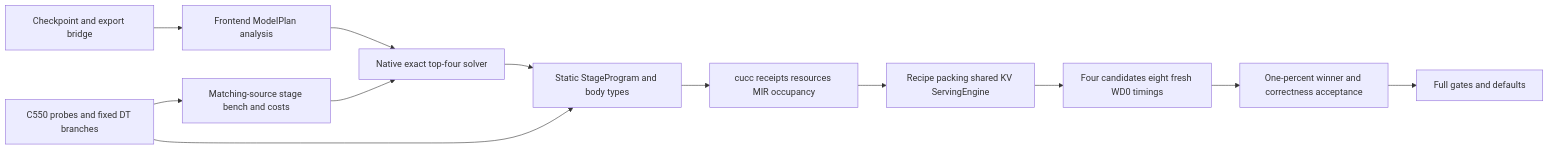
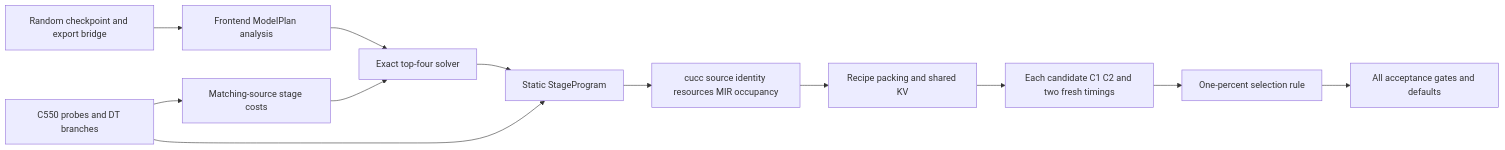
Before and after one commit to pengjh0111/TileMega: the diagram in docs/results/MX5_pipeline_c550.md, drawn with Mermaid. The commit also changed other lines of this file, not shown here.

Commit message:
docs: reconcile the C550 pipeline and remaining MX5 gates

````diff
--- a/docs/results/MX5_pipeline_c550.md
+++ b/docs/results/MX5_pipeline_c550.md
@@ -17,14 +18,14 @@
 ```mermaid
 flowchart LR
-  A[Checkpoint and export bridge] --> B[Frontend ModelPlan analysis]
-  P[C550 probes and fixed DT branches] --> C[Matching-source stage bench and costs]
-  C --> S[Native exact top-four solver]
+  A[Random checkpoint and export bridge] --> B[Frontend ModelPlan analysis]
+  P[C550 probes and DT branches] --> C[Matching-source stage costs]
+  C --> S[Exact top-four solver]
   B --> S
-  S --> D[Static StageProgram and body types]
+  S --> D[Static StageProgram]
   P --> D
-  D --> E[cucc receipts resources MIR occupancy]
-  E --> F[Recipe packing shared KV ServingEngine]
-  F --> G[Four candidates eight fresh WD0 timings]
-  G --> H[One-percent winner and correctness acceptance]
-  H --> I[Full gates and defaults]
+  D --> E[cucc source identity resources MIR occupancy]
+  E --> F[Recipe packing and shared KV]
+  F --> G[Each candidate C1 C2 and two fresh timings]
+  G --> H[One-percent selection rule]
+  H --> I[All acceptance gates and defaults]
 ```
````
